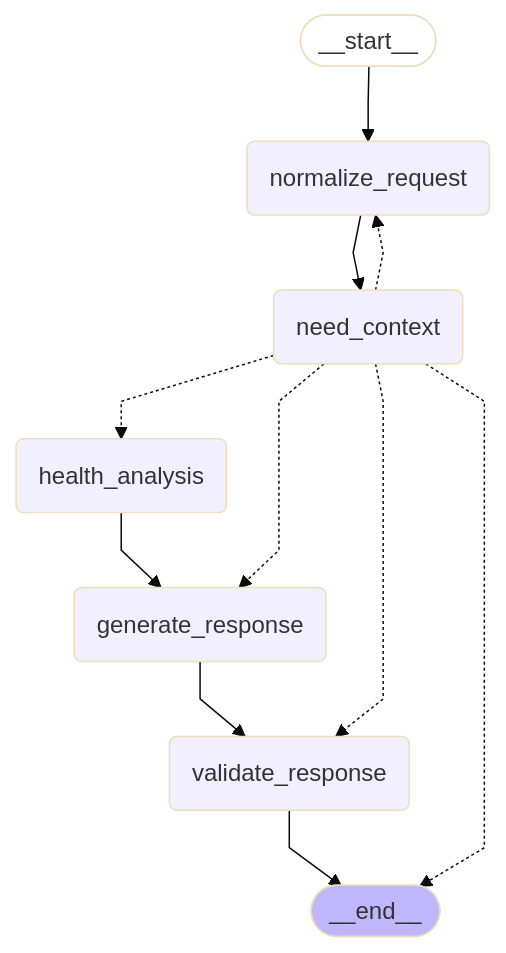
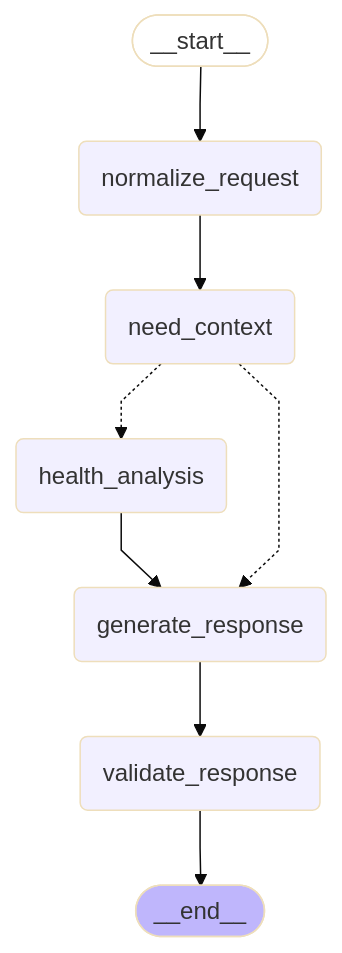
The diagram in docs/graphs/chat_graph.mmd (sogang-radai/wave-home-agent), drawn with Mermaid (base theme) before and after one commit. The commit also changed 15 other files, not shown here.

First line of the commit message:
fix: keep legacy LangGraph flows working on upgraded langgraph/langchain-google-genai

```diff
--- a/docs/graphs/chat_graph.mmd
+++ b/docs/graphs/chat_graph.mmd
@@ -1,26 +1,23 @@
 ---
 config:
   flowchart:
     curve: linear
 ---
 graph TD;
 	__start__([<p>__start__</p>]):::first
 	normalize_request(normalize_request)
 	need_context(need_context)
 	health_analysis(health_analysis)
 	generate_response(generate_response)
 	validate_response(validate_response)
 	__end__([<p>__end__</p>]):::last
 	__start__ --> normalize_request;
 	generate_response --> validate_response;
 	health_analysis --> generate_response;
+	need_context -.-> generate_response;
+	need_context -.-> health_analysis;
 	normalize_request --> need_context;
 	validate_response --> __end__;
-	need_context -.-> normalize_request;
-	need_context -.-> health_analysis;
-	need_context -.-> generate_response;
-	need_context -.-> validate_response;
-	need_context -.-> __end__;
 	classDef default fill:#f2f0ff,line-height:1.2
 	classDef first fill-opacity:0
 	classDef last fill:#bfb6fc
```
